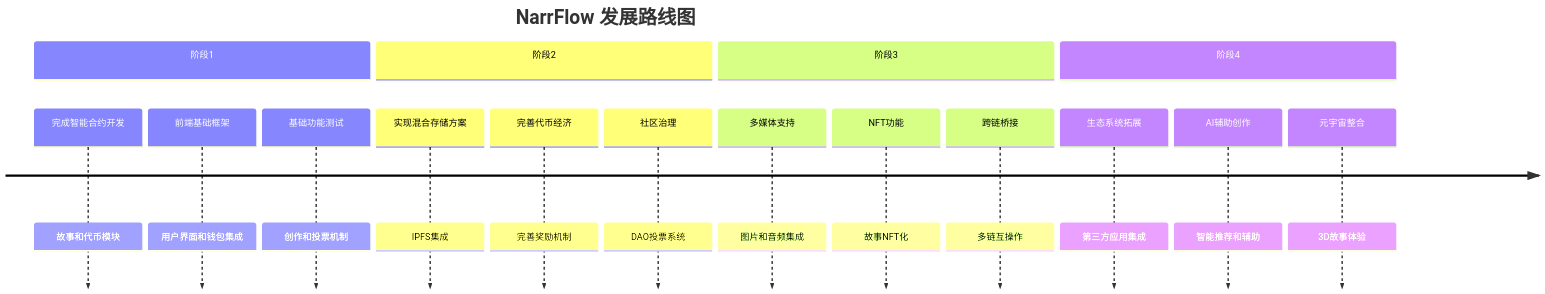
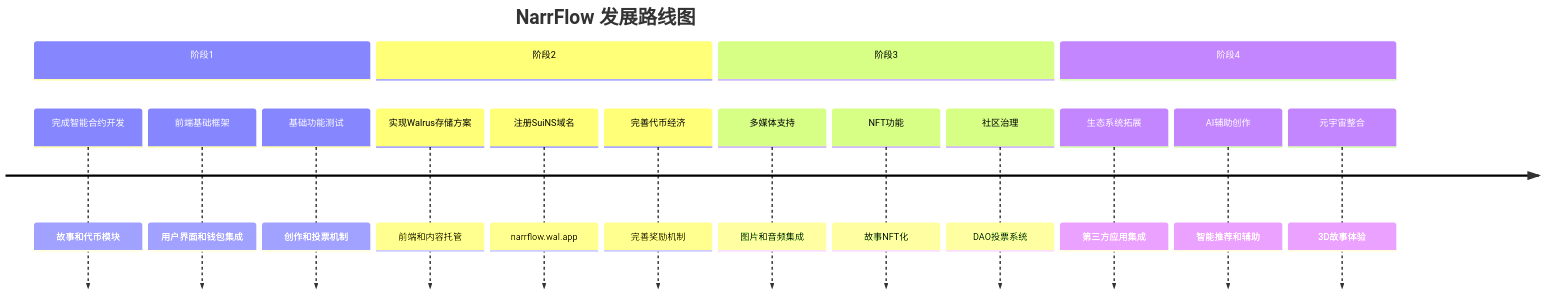
Diagram 13 of 13 in demonstrate.md (DudeGuuud/NarrFlow-Web3), drawn with Mermaid before and after one commit. The commit also changed other lines of this file and 3 other files, not shown here.

````diff
--- a/demonstrate.md
+++ b/demonstrate.md
@@ -358,20 +368,20 @@
 ```mermaid
 timeline
     title NarrFlow 发展路线图
     section 阶段1
         完成智能合约开发 : 故事和代币模块
         前端基础框架 : 用户界面和钱包集成
         基础功能测试 : 创作和投票机制
     section 阶段2
-        实现混合存储方案 : IPFS集成
+        实现Walrus存储方案 : 前端和内容托管
+        注册SuiNS域名 : narrflow.wal.app
         完善代币经济 : 完善奖励机制
-        社区治理 : DAO投票系统
     section 阶段3
         多媒体支持 : 图片和音频集成
         NFT功能 : 故事NFT化
-        跨链桥接 : 多链互操作
+        社区治理 : DAO投票系统
     section 阶段4
         生态系统拓展 : 第三方应用集成
         AI辅助创作 : 智能推荐和辅助
         元宇宙整合 : 3D故事体验
 ```
````
